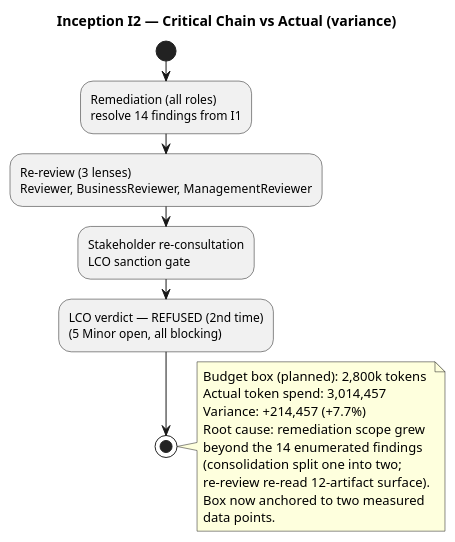
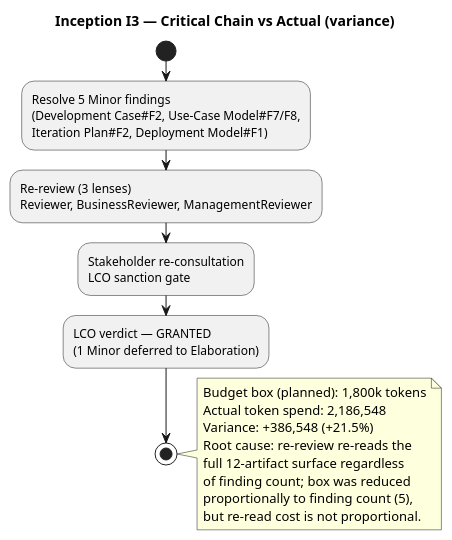
The second of 2 diagrams in docs/artifacts/project-management/iteration-assessment.md (banense-test/trademe), drawn with PlantUML before and after one commit. The commit also changed other lines of this file, not shown here.

First line of the commit message:
Project Manager [I3]: upsert Iteration Assessment

````diff
--- a/docs/artifacts/project-management/iteration-assessment.md
+++ b/docs/artifacts/project-management/iteration-assessment.md
@@ -66,24 +67,23 @@
 ```plantuml
 @startuml
-title Inception I2 — Critical Chain vs Actual (variance)
+title Inception I3 — Critical Chain vs Actual (variance)
 
 start
-:Remediation (all roles)\nresolve 14 findings from I1;
+:Resolve 5 Minor findings\n(Development Case#F2, Use-Case Model#F7/F8,\nIteration Plan#F2, Deployment Model#F1);
 :Re-review (3 lenses)\nReviewer, BusinessReviewer, ManagementReviewer;
 :Stakeholder re-consultation\nLCO sanction gate;
-:LCO verdict — REFUSED (2nd time)\n(5 Minor open, all blocking);
+:LCO verdict — GRANTED\n(1 Minor deferred to Elaboration);
 stop
 
 note right
-  Budget box (planned): 2,800k tokens
-  Actual token spend: 3,014,457
-  Variance: +214,457 (+7.7%)
-  Root cause: remediation scope grew
-  beyond the 14 enumerated findings
-  (consolidation split one into two;
-  re-review re-read 12-artifact surface).
-  Box now anchored to two measured
-  data points.
+  Budget box (planned): 1,800k tokens
+  Actual token spend: 2,186,548
+  Variance: +386,548 (+21.5%)
+  Root cause: re-review re-reads the
+  full 12-artifact surface regardless
+  of finding count; box was reduced
+  proportionally to finding count (5),
+  but re-read cost is not proportional.
 end note
 @enduml
 ```
````
